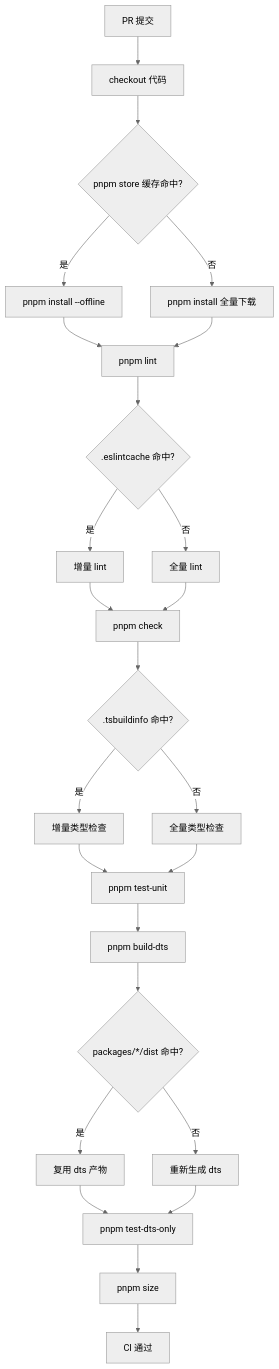
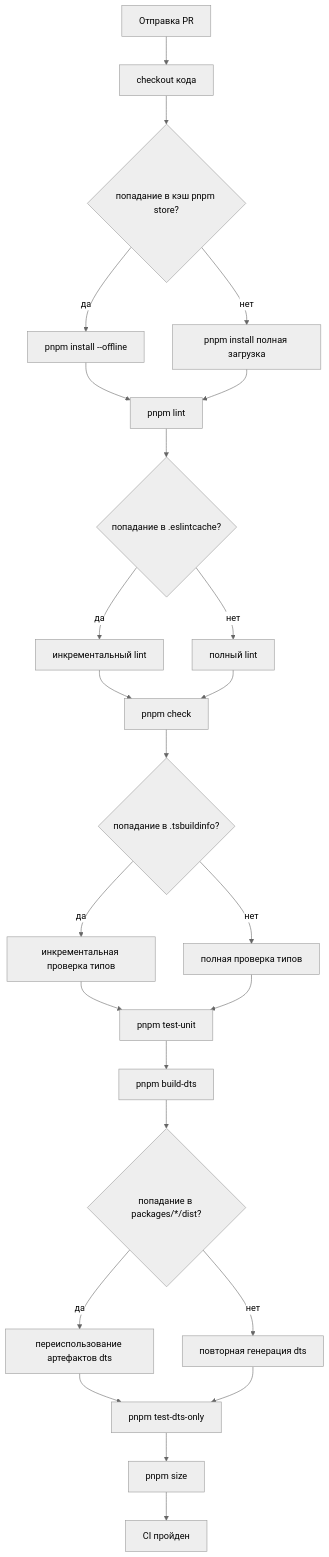
The third of 3 diagrams in books/vue3/ru/14-architecture-evolution-and-best-practices.md (maleRjc/AiReadCodeBooks), drawn with Mermaid (neutral theme) before and after one commit. The commit also changed other lines of this file and 74 other files, not shown here.

````diff
--- a/books/vue3/ru/14-architecture-evolution-and-best-practices.md
+++ b/books/vue3/ru/14-architecture-evolution-and-best-practices.md
@@ -286,27 +286,27 @@
 ```mermaid
 flowchart TD
-    pr["PR 提交"] --> checkout["checkout 代码"]
-    checkout --> cache_deps{"pnpm store 缓存命中?"}
-    cache_deps -->|是| install_fast["pnpm install --offline"]
-    cache_deps -->|否| install_slow["pnpm install 全量下载"]
+    pr["Отправка PR"] --> checkout["checkout кода"]
+    checkout --> cache_deps{"попадание в кэш pnpm store?"}
+    cache_deps -->|да| install_fast["pnpm install --offline"]
+    cache_deps -->|нет| install_slow["pnpm install полная загрузка"]
     install_fast --> lint_step["pnpm lint"]
     install_slow --> lint_step
-    lint_step --> cache_eslint{".eslintcache 命中?"}
-    cache_eslint -->|是| lint_inc["增量 lint"]
-    cache_eslint -->|否| lint_full["全量 lint"]
+    lint_step --> cache_eslint{"попадание в .eslintcache?"}
+    cache_eslint -->|да| lint_inc["инкрементальный lint"]
+    cache_eslint -->|нет| lint_full["полный lint"]
     lint_inc --> check_step["pnpm check"]
     lint_full --> check_step
-    check_step --> cache_tsbuild{".tsbuildinfo 命中?"}
-    cache_tsbuild -->|是| check_inc["增量类型检查"]
-    cache_tsbuild -->|否| check_full["全量类型检查"]
+    check_step --> cache_tsbuild{"попадание в .tsbuildinfo?"}
+    cache_tsbuild -->|да| check_inc["инкрементальная проверка типов"]
+    cache_tsbuild -->|нет| check_full["полная проверка типов"]
     check_inc --> test_unit["pnpm test-unit"]
     check_full --> test_unit
     test_unit --> build_dts["pnpm build-dts"]
-    build_dts --> cache_dist{"packages/*/dist 命中?"}
-    cache_dist -->|是| dts_cached["复用 dts 产物"]
-    cache_dist -->|否| dts_rebuild["重新生成 dts"]
+    build_dts --> cache_dist{"попадание в packages/*/dist?"}
+    cache_dist -->|да| dts_cached["переиспользование артефактов dts"]
+    cache_dist -->|нет| dts_rebuild["повторная генерация dts"]
     dts_cached --> test_dts["pnpm test-dts-only"]
     dts_rebuild --> test_dts
     test_dts --> size_check["pnpm size"]
-    size_check --> done["CI 通过"]
+    size_check --> done["CI пройден"]
 ```
````
